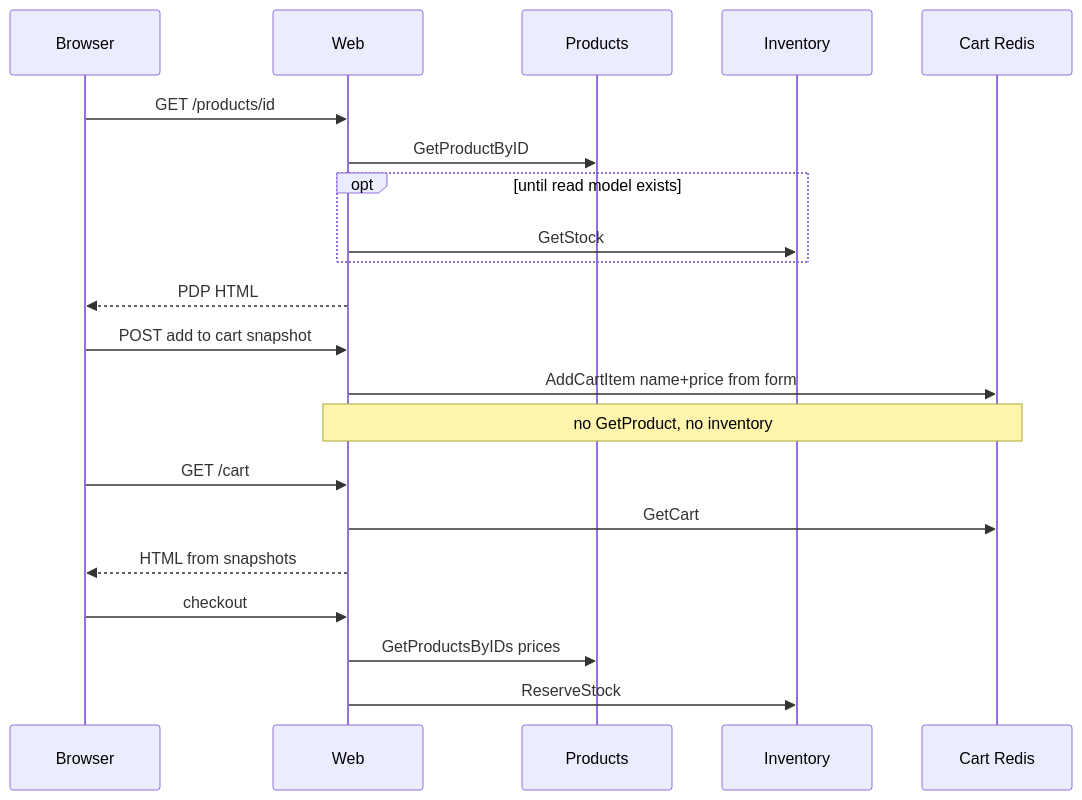
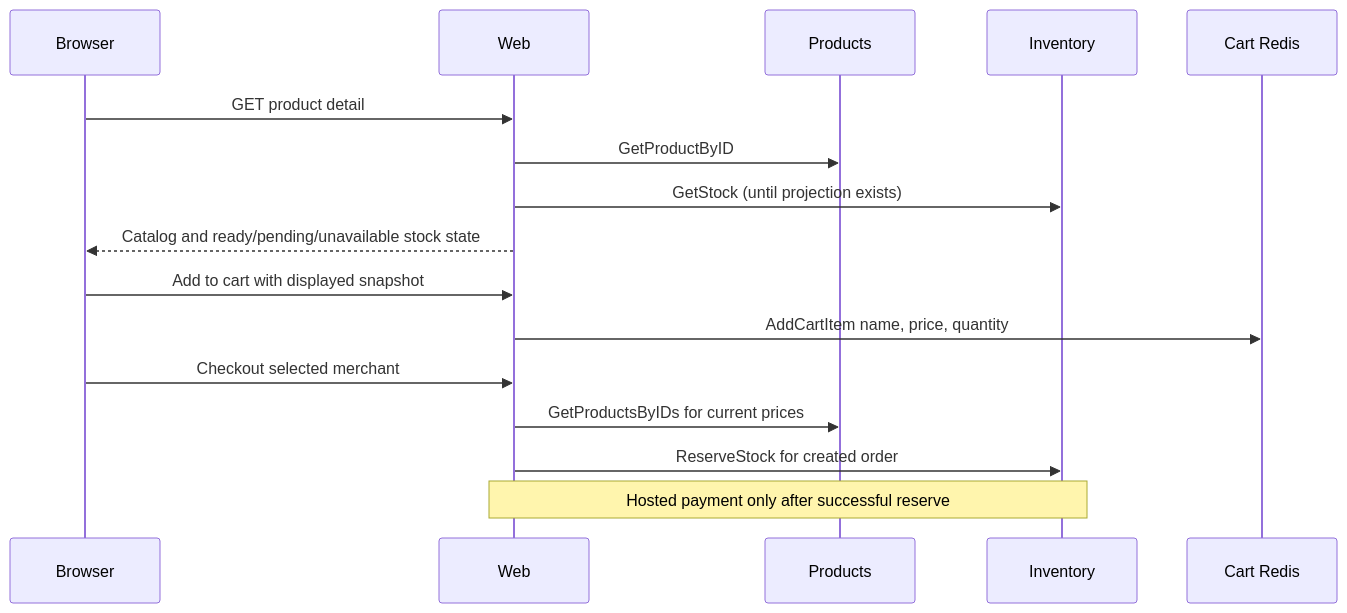
One commit to phuchoang2603/refurbished-marketplace changed the third of 3 diagrams in docs/catalog-inventory-search.md. Above: the diagram before and after it, drawn with Mermaid. The commit also changed other lines of this file and 117 other files, not shown here.

Commit message:
Extract inventory service and seed stock from ProductCreated

````diff
--- a/docs/catalog-inventory-search.md
+++ b/docs/catalog-inventory-search.md
@@ -78,27 +66,18 @@
 ```mermaid
 sequenceDiagram
   participant B as Browser
   participant W as Web
   participant P as Products
   participant I as Inventory
   participant C as Cart Redis
-
-  B->>W: GET /products/id
+  B->>W: GET product detail
   W->>P: GetProductByID
-  opt until read model exists
-    W->>I: GetStock
-  end
-  W-->>B: PDP HTML
-
-  B->>W: POST add to cart snapshot
-  W->>C: AddCartItem name+price from form
-  Note over W,C: no GetProduct, no inventory
-
-  B->>W: GET /cart
-  W->>C: GetCart
-  W-->>B: HTML from snapshots
-
-  B->>W: checkout
-  W->>P: GetProductsByIDs prices
-  W->>I: ReserveStock
+  W->>I: GetStock (until projection exists)
+  W-->>B: Catalog and ready/pending/unavailable stock state
+  B->>W: Add to cart with displayed snapshot
+  W->>C: AddCartItem name, price, quantity
+  B->>W: Checkout selected merchant
+  W->>P: GetProductsByIDs for current prices
+  W->>I: ReserveStock for created order
+  Note over W,I: Hosted payment only after successful reserve
 ```
````
